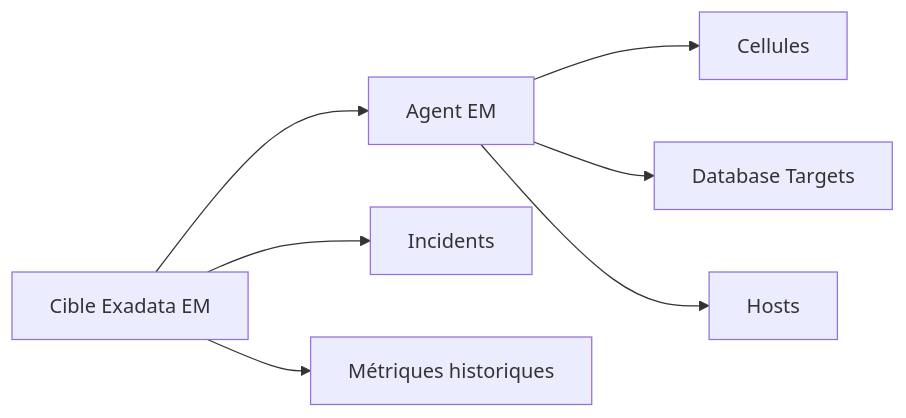
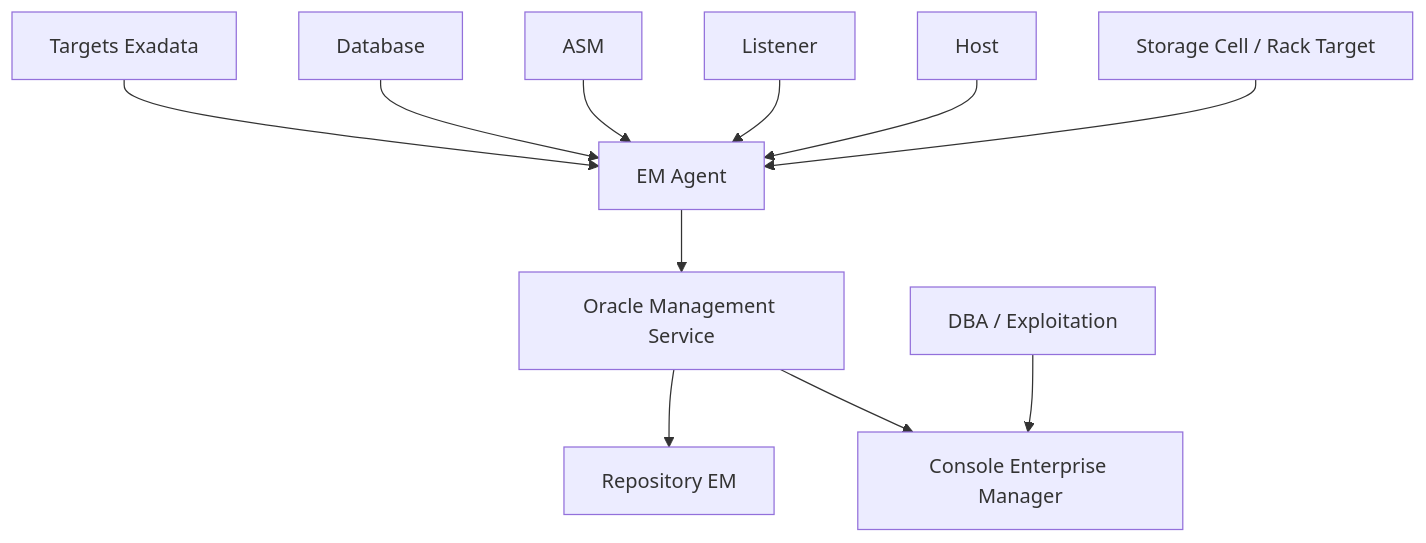
One commit to zdmooc/oracle-exadata-infra-ha-dr-course-labs-v5 changed the diagram in modules/16-enterprise-manager-cloud-control.md. Above: the diagram before and after it, drawn with Mermaid. The commit also changed other lines of this file and 1 other file, not shown here.

````diff
--- a/modules/16-enterprise-manager-cloud-control.md
+++ b/modules/16-enterprise-manager-cloud-control.md
@@ -166,9 +94,15 @@
 ```mermaid
-flowchart LR
-    TARGET[Cible Exadata EM] --> AGENT[Agent EM]
-    AGENT --> CELL[Cellules]
-    AGENT --> DB[Database Targets]
-    AGENT --> HOST[Hosts]
-    TARGET --> INCIDENT[Incidents]
-    TARGET --> METRIC[Métriques historiques]
+flowchart TB
+    A[Targets Exadata] --> B[EM Agent]
+    B --> C[Oracle Management Service]
+    C --> D[Repository EM]
+    C --> E[Console Enterprise Manager]
+
+    A1[Database] --> B
+    A2[ASM] --> B
+    A3[Listener] --> B
+    A4[Host] --> B
+    A5[Storage Cell / Rack Target] --> B
+
+    F[DBA / Exploitation] --> E
 ```
````
